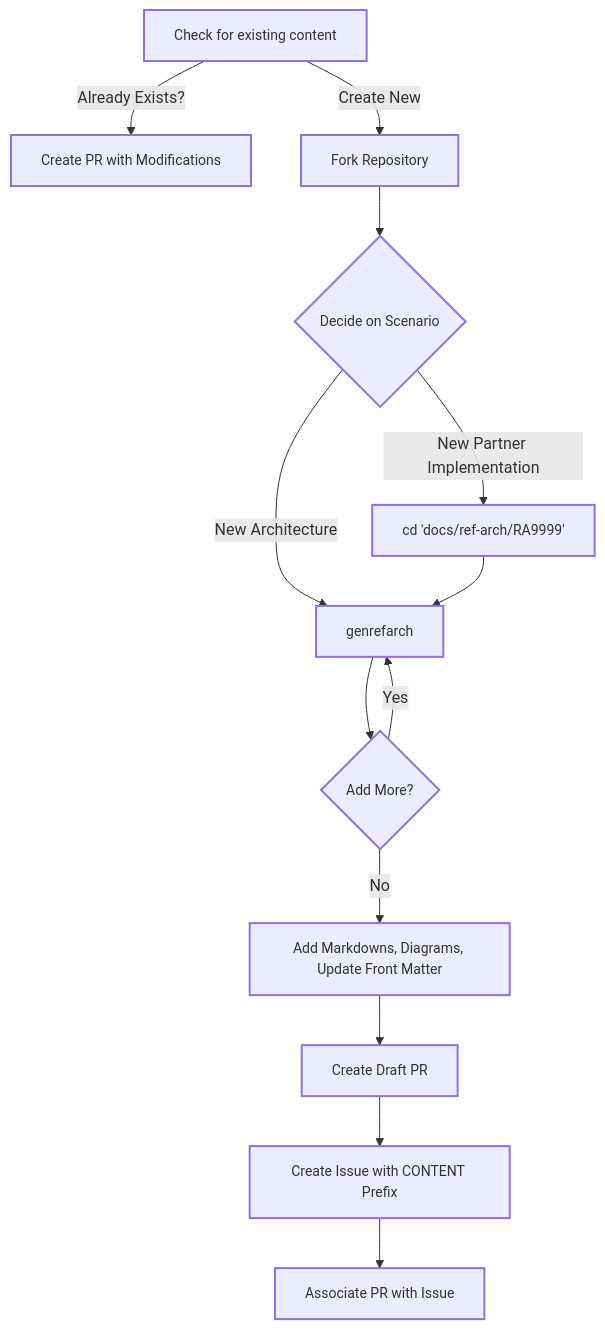
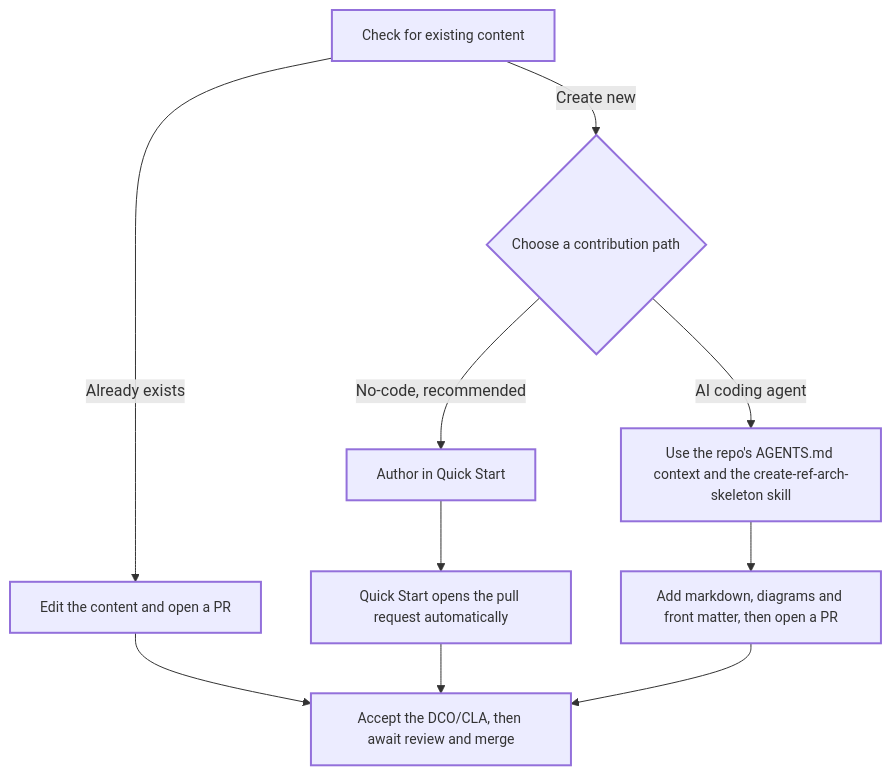
Before and after one commit to SAP/architecture-center: the diagram in docs/community/intro.md, drawn with Mermaid. The commit also changed other lines of this file, not shown here.

Commit message:
docs: update community intro with AI agent workflow and fix links
- Simplify contribution workflow diagram with clearer paths including
  no-code Quick Start and AI coding agent options
- Add reference to new AI Agents contribution guide
- Fix broken relative links for Contribution Guidelines and Code of Conduct
- Correct minor typos in security disclosure section
- Update copyright year to 2026 and last update date to 2026-10-08

````diff
--- a/docs/community/intro.md
+++ b/docs/community/intro.md
@@ -48,18 +48,15 @@
 ```mermaid
 %% Add custom styles for smaller font and reduced component size
 graph TD
 classDef reduceSize stroke-width:2px,font-size:14px;
 
-A[Check for existing content]:::reduceSize -->|Already Exists?| B[Create PR with Modifications]:::reduceSize
-A:::reduceSize -->|Create New| D[Fork Repository]:::reduceSize
-D:::reduceSize --> C{Decide on Scenario}:::reduceSize
-C:::reduceSize -->|New Architecture| E[genrefarch]:::reduceSize
-C:::reduceSize -->|New Partner Implementation| H[cd 'docs/ref-arch/RA9999']:::reduceSize
-H:::reduceSize --> E:::reduceSize
-E:::reduceSize --> F{Add More?}:::reduceSize
-F:::reduceSize -->|Yes| E:::reduceSize
-F:::reduceSize -->|No| G[Add Markdowns, Diagrams, Update Front Matter]:::reduceSize
-G:::reduceSize --> I[Create Draft PR]:::reduceSize
-I:::reduceSize --> J[Create Issue with CONTENT Prefix]:::reduceSize
-J:::reduceSize --> K[Associate PR with Issue]:::reduceSize
+A[Check for existing content]:::reduceSize -->|Already exists| B[Edit the content and open a PR]:::reduceSize
+A:::reduceSize -->|Create new| C{Choose a contribution path}:::reduceSize
+C:::reduceSize -->|No-code, recommended| D[Author in Quick Start]:::reduceSize
+C:::reduceSize -->|AI coding agent| E[Use the repo's AGENTS.md context and the create-ref-arch-skeleton skill]:::reduceSize
+D:::reduceSize --> F[Quick Start opens the pull request automatically]:::reduceSize
+E:::reduceSize --> G[Add markdown, diagrams and front matter, then open a PR]:::reduceSize
+B:::reduceSize --> H[Accept the DCO/CLA, then await review and merge]:::reduceSize
+F:::reduceSize --> H:::reduceSize
+G:::reduceSize --> H:::reduceSize
 ```
````
